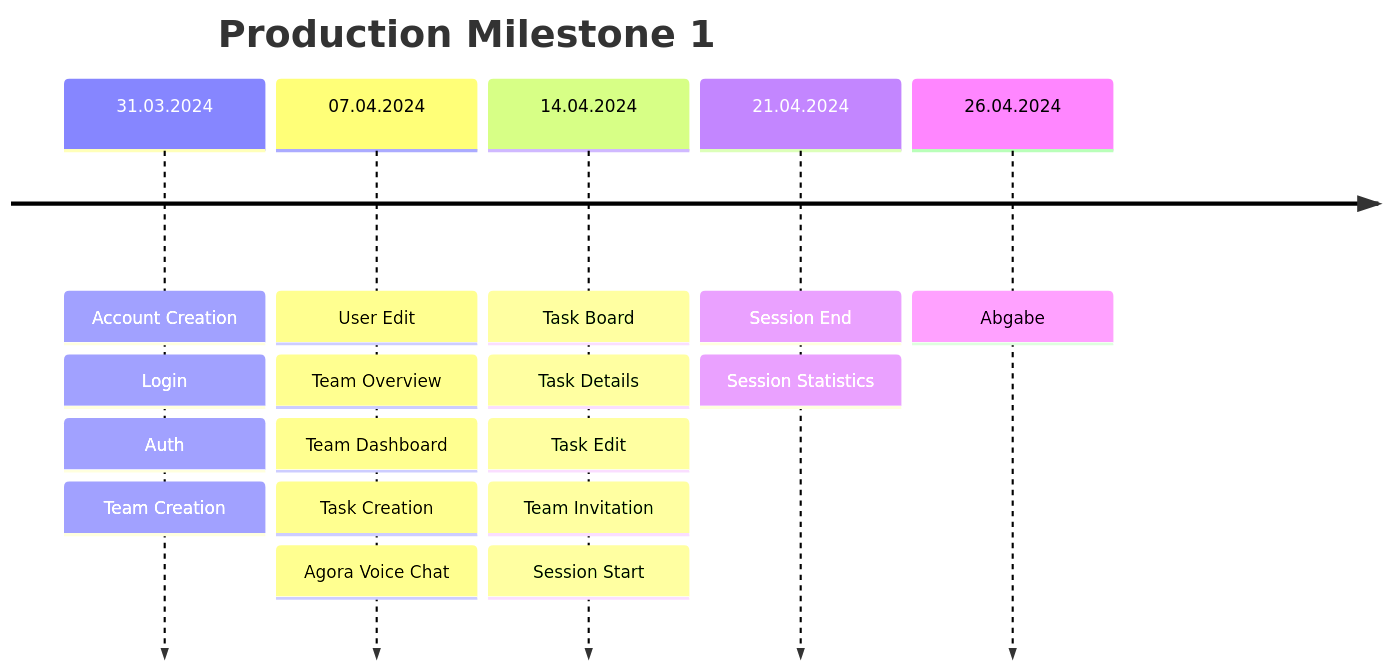
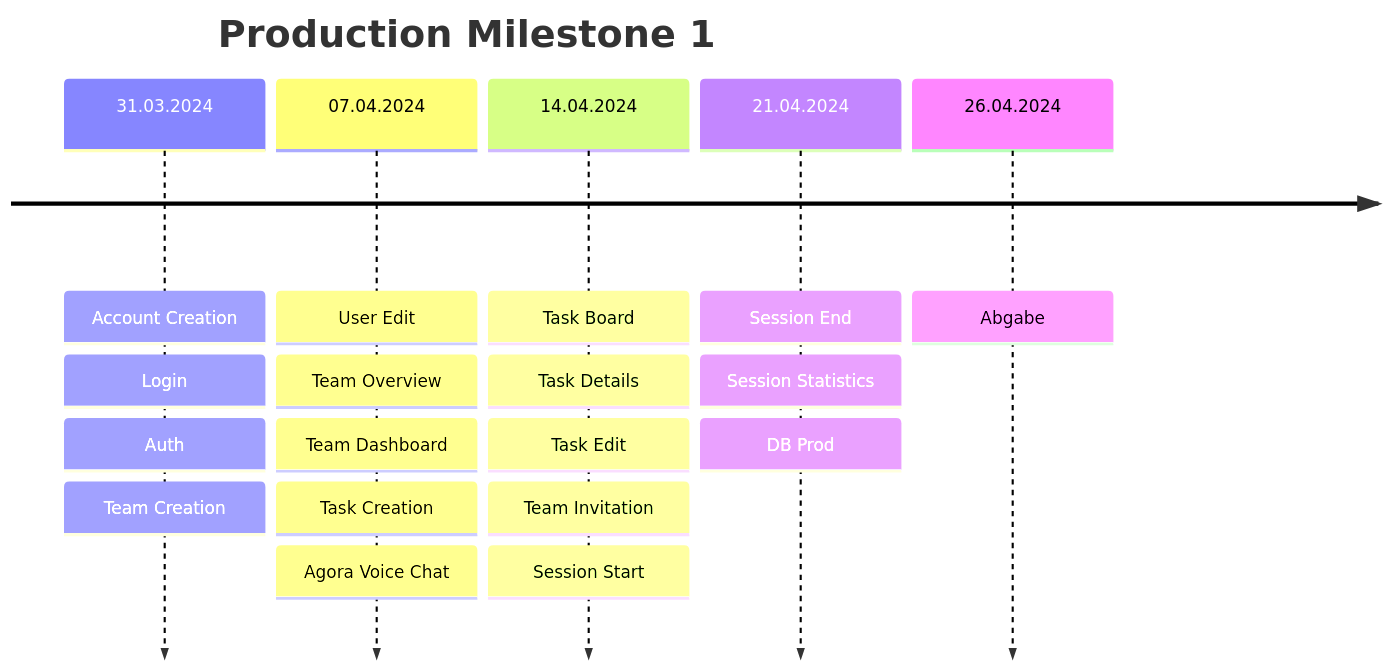
The diagram in contributions.md (sopra-fs24-group07/sopra-fs24-group-07-server), drawn with Mermaid before and after one commit.

Commit message:
added db prod to 4th week

````diff
--- a/contributions.md
+++ b/contributions.md
@@ -5,9 +5,9 @@
 ```mermaid
 timeline
     title Production Milestone 1
     31.03.2024: Account Creation: Login: Auth : Team Creation
     07.04.2024: User Edit: Team Overview: Team Dashboard: Task Creation: Agora Voice Chat
     14.04.2024: Task Board: Task Details: Task Edit: Team Invitation: Session Start
-    21.04.2024: Session End: Session Statistics
+    21.04.2024: Session End: Session Statistics: DB Prod
     26.04.2024: Abgabe
 ```
````
